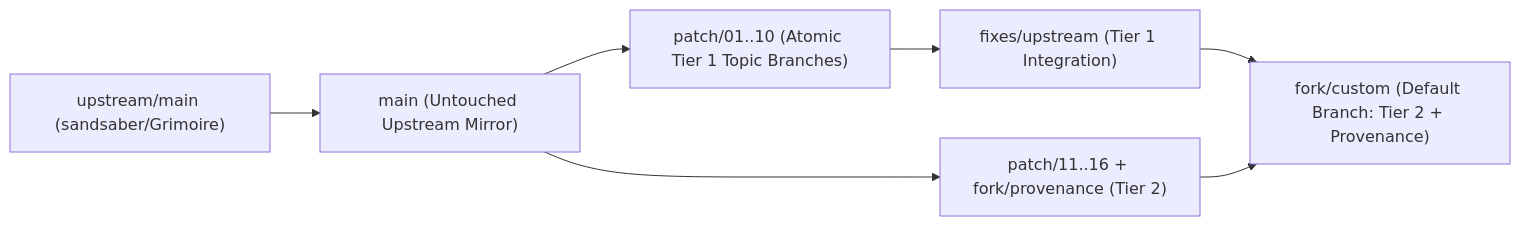
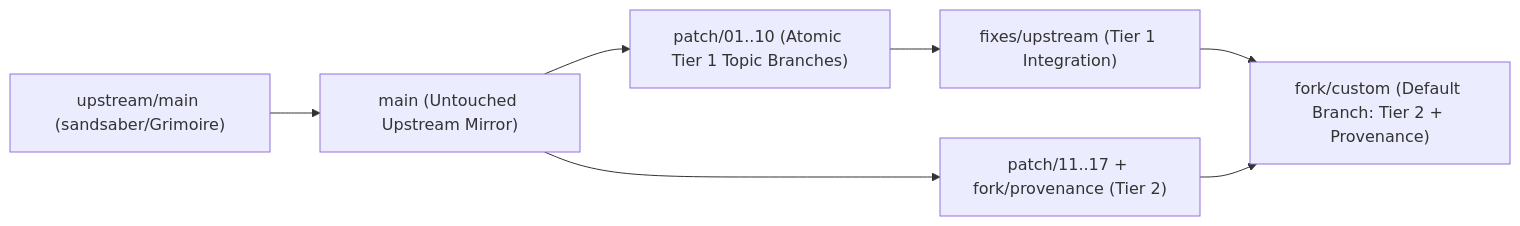
Before and after one commit to mattipt/Grimoire: the diagram in FORK.md, drawn with Mermaid. The commit also changed other lines of this file and 1 other file, not shown here.

Commit message:
chore(fork): register patch/17-antigravity-neutralize-expanded-slash-tokens in sync script and FORK.md

````diff
--- a/FORK.md
+++ b/FORK.md
@@ -7,9 +7,9 @@
 ```mermaid
 flowchart LR
     U["upstream/main (sandsaber/Grimoire)"] --> M["main (Untouched Upstream Mirror)"]
     M --> P1["patch/01..10 (Atomic Tier 1 Topic Branches)"]
     P1 --> F["fixes/upstream (Tier 1 Integration)"]
-    M --> P2["patch/11..16 + fork/provenance (Tier 2)"]
+    M --> P2["patch/11..17 + fork/provenance (Tier 2)"]
     F --> C["fork/custom (Default Branch: Tier 2 + Provenance)"]
     P2 --> C
 ```
````
